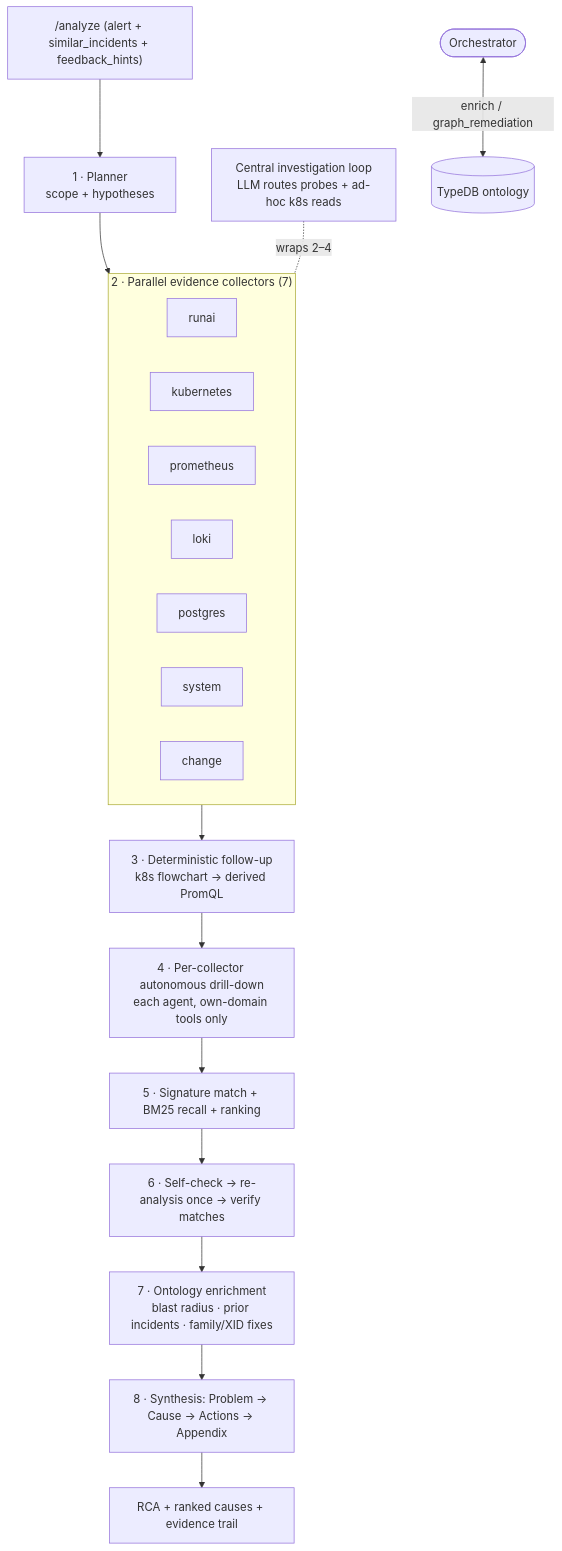
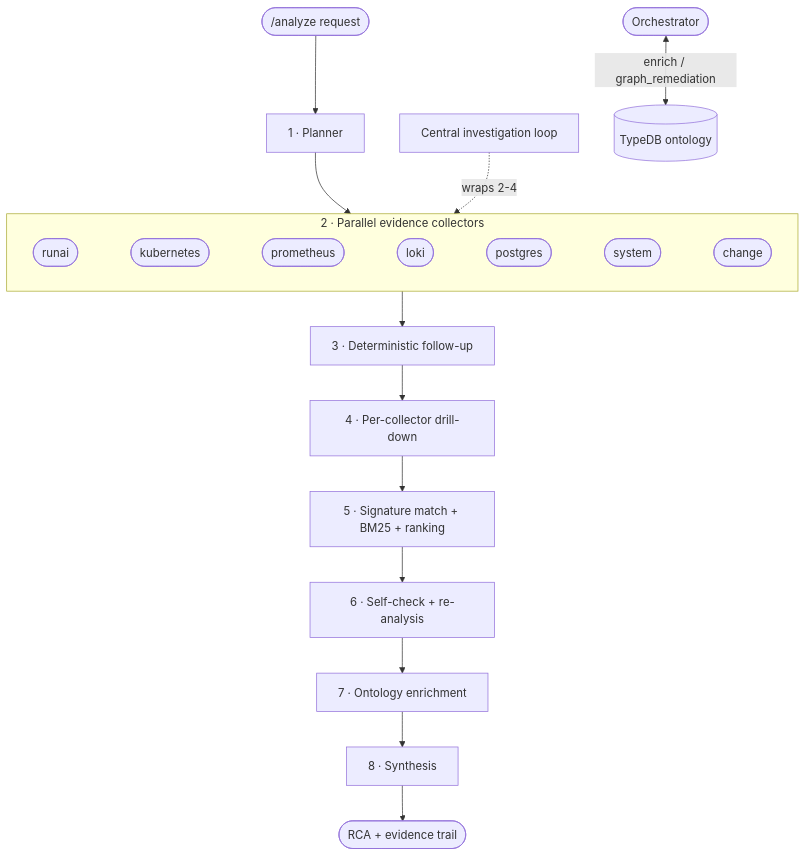
One commit to uclix-nvidia-sw/runaiRCA changed the diagram in docs/RCA-PIPELINE.md. Above: the diagram before and after it, drawn with Mermaid. The commit also changed 1 other file, not shown here.

Commit message:
docs: same readability pass on the RCA Pipeline diagram
Collectors as a horizontal row (direction LR + invisible links) and the
multi-line stage boxes shortened to one label each; kept the 1–8 stage
numbering aligned with the prose sections. EN + KO identical.

````diff
--- a/docs/RCA-PIPELINE.md
+++ b/docs/RCA-PIPELINE.md
@@ -16,17 +16,18 @@
 ```mermaid
 flowchart TD
-  REQ["/analyze (alert + similar_incidents + feedback_hints)"] --> PLAN
-  PLAN[1 · Planner<br/>scope + hypotheses] --> COLL
-  subgraph COLL["2 · Parallel evidence collectors (7)"]
-    RA[runai] & KA[kubernetes] & PA[prometheus] & LA[loki] & DBA[postgres] & SA[system] & CA[change]
+  REQ([/analyze request]) --> PLAN
+  PLAN[1 · Planner] --> COLL
+  subgraph COLL["2 · Parallel evidence collectors"]
+    direction LR
+    RA([runai]) ~~~ KA([kubernetes]) ~~~ PA([prometheus]) ~~~ LA([loki]) ~~~ DBA([postgres]) ~~~ SA([system]) ~~~ CA([change])
   end
-  COLL --> FOLL[3 · Deterministic follow-up<br/>k8s flowchart → derived PromQL]
-  FOLL --> DRILL[4 · Per-collector autonomous drill-down<br/>each agent, own-domain tools only]
-  DRILL --> SIG[5 · Signature match + BM25 recall + ranking]
-  SIG --> CHK[6 · Self-check → re-analysis once → verify matches]
-  CHK --> KG[7 · Ontology enrichment<br/>blast radius · prior incidents · family/XID fixes]
-  KG --> SYN[8 · Synthesis: Problem → Cause → Actions → Appendix]
-  SYN --> RESP[RCA + ranked causes + evidence trail]
-  INV[Central investigation loop<br/>LLM routes probes + ad-hoc k8s reads] -.wraps 2–4.- COLL
-  ORCH([Orchestrator]) <-->|enrich / graph_remediation| TDB[(TypeDB ontology)]
+  COLL --> FOLL[3 · Deterministic follow-up]
+  FOLL --> DRILL[4 · Per-collector drill-down]
+  DRILL --> SIG[5 · Signature match + BM25 + ranking]
+  SIG --> CHK[6 · Self-check + re-analysis]
+  CHK --> KG[7 · Ontology enrichment]
+  KG --> SYN[8 · Synthesis]
+  SYN --> RESP([RCA + evidence trail])
+  INV[Central investigation loop] -.->|wraps 2-4| COLL
+  ORCH([Orchestrator]) <-->|"enrich / graph_remediation"| TDB[(TypeDB ontology)]
 ```
````
